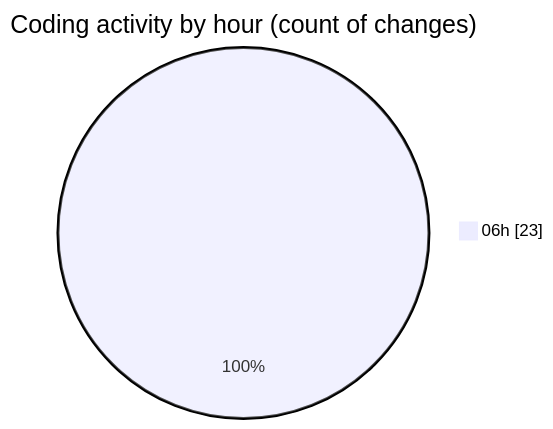
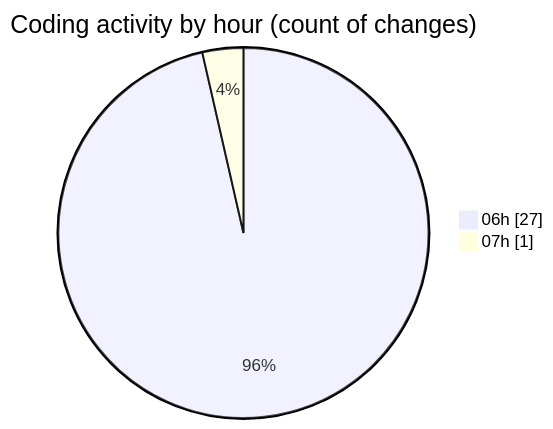
One commit to ernivani/code-tracking changed the second of 2 diagrams in 2025-01-03/impin_fr/README.md. Above: the diagram before and after it, drawn with Mermaid. The commit also changed other lines of this file and 4 other files, not shown here.

````diff
--- a/2025-01-03/impin_fr/README.md
+++ b/2025-01-03/impin_fr/README.md
@@ -37,5 +39,6 @@
 ```mermaid
 pie showData
 title Coding activity by hour (count of changes)
-"06h" : 23
+"06h" : 27
+"07h" : 1
 ```
````
